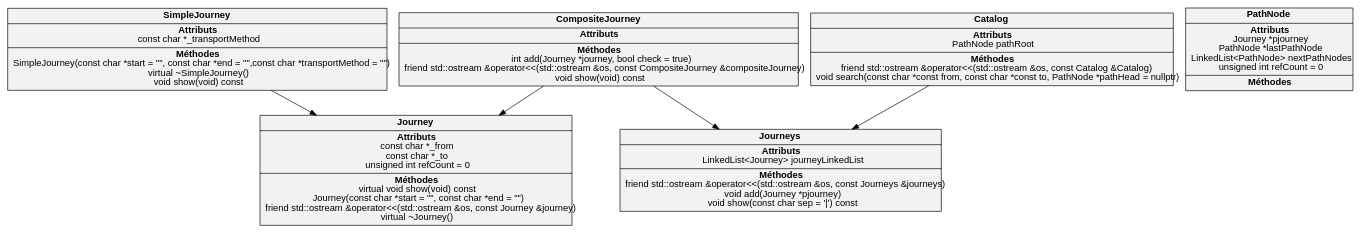
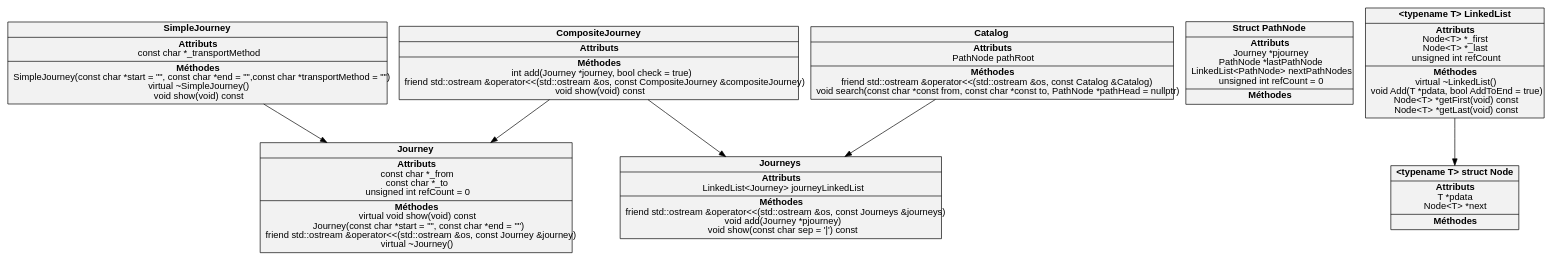
One commit to Snownamida/Cpp-TP2 changed the diagram in 架构图/héritage.dot. Above: the diagram before and after it, drawn with Graphviz. The commit also changed 2 other files, not shown here.

```diff
--- a/架构图/héritage.dot
+++ b/架构图/héritage.dot
@@ -1,40 +1,49 @@
 
 digraph graphname {
     
 	node [
 		fontname="Helvetica,Arial,sans-serif"
 		shape=record
 		style=filled
 		fillcolor=gray95
 	]
     
 
     
 
-	Journey [label = <{<b>Journey</b>  |<b>Attributs</b><br/>const char *_from<br/>const char *_to<br/>unsigned int refCount = 0|<b>Méthodes</b><br/>virtual void show(void) const<br/>Journey(const char *start = &quot;&quot;, const char *end = &quot;&quot;)<br/>friend std::ostream &amp;operator&lt;&lt;(std::ostream &amp;os, const Journey &amp;journey)<br/>virtual ~Journey()}>;];
+	"Journey" [label = <{<b>Journey</b>  |<b>Attributs</b><br/>const char *_from<br/>const char *_to<br/>unsigned int refCount = 0|<b>Méthodes</b><br/>virtual void show(void) const<br/>Journey(const char *start = &quot;&quot;, const char *end = &quot;&quot;)<br/>friend std::ostream &amp;operator&lt;&lt;(std::ostream &amp;os, const Journey &amp;journey)<br/>virtual ~Journey()}>;];
 
 
-	SimpleJourney [label = <{<b>SimpleJourney</b>  |<b>Attributs</b><br/>const char *_transportMethod|<b>Méthodes</b><br/>SimpleJourney(const char *start = &quot;&quot;, const char *end = &quot;&quot;,const char *transportMethod = &quot;&quot;)<br/>virtual ~SimpleJourney()<br/>void show(void) const}>;];
+	"SimpleJourney" [label = <{<b>SimpleJourney</b>  |<b>Attributs</b><br/>const char *_transportMethod|<b>Méthodes</b><br/>SimpleJourney(const char *start = &quot;&quot;, const char *end = &quot;&quot;,const char *transportMethod = &quot;&quot;)<br/>virtual ~SimpleJourney()<br/>void show(void) const}>;];
 
 
-	Journeys [label = <{<b>Journeys</b>  |<b>Attributs</b><br/>LinkedList&lt;Journey&gt; journeyLinkedList|<b>Méthodes</b><br/>friend std::ostream &amp;operator&lt;&lt;(std::ostream &amp;os, const Journeys &amp;journeys)<br/>void add(Journey *pjourney)<br/>void show(const char sep = &#x27;\|&#x27;) const}>;];
+	"Journeys" [label = <{<b>Journeys</b>  |<b>Attributs</b><br/>LinkedList&lt;Journey&gt; journeyLinkedList|<b>Méthodes</b><br/>friend std::ostream &amp;operator&lt;&lt;(std::ostream &amp;os, const Journeys &amp;journeys)<br/>void add(Journey *pjourney)<br/>void show(const char sep = &#x27;\|&#x27;) const}>;];
 
 
-	Catalog [label = <{<b>Catalog</b>  |<b>Attributs</b><br/>PathNode pathRoot<br/>|<b>Méthodes</b><br/>friend std::ostream &amp;operator&lt;&lt;(std::ostream &amp;os, const Catalog &amp;Catalog)<br/>void search(const char *const from, const char *const to, PathNode *pathHead = nullptr)}>;];
+	"Catalog" [label = <{<b>Catalog</b>  |<b>Attributs</b><br/>PathNode pathRoot<br/>|<b>Méthodes</b><br/>friend std::ostream &amp;operator&lt;&lt;(std::ostream &amp;os, const Catalog &amp;Catalog)<br/>void search(const char *const from, const char *const to, PathNode *pathHead = nullptr)}>;];
 
 
-	PathNode [label = <{<b>PathNode</b>  |<b>Attributs</b><br/>Journey *pjourney<br/>PathNode *lastPathNode<br/>LinkedList&lt;PathNode&gt; nextPathNodes<br/>unsigned int refCount = 0|<b>Méthodes</b><br/>}>;];
+	"Struct PathNode" [label = <{<b>Struct PathNode</b>  |<b>Attributs</b><br/>Journey *pjourney<br/>PathNode *lastPathNode<br/>LinkedList&lt;PathNode&gt; nextPathNodes<br/>unsigned int refCount = 0|<b>Méthodes</b>}>;];
 
 
-	CompositeJourney [label = <{<b>CompositeJourney</b>  |<b>Attributs</b><br/>|<b>Méthodes</b><br/>int add(Journey *journey, bool check = true)<br/>friend std::ostream &amp;operator&lt;&lt;(std::ostream &amp;os, const CompositeJourney &amp;compositeJourney)<br/>void show(void) const}>;];
+	"CompositeJourney" [label = <{<b>CompositeJourney</b>  |<b>Attributs</b>|<b>Méthodes</b><br/>int add(Journey *journey, bool check = true)<br/>friend std::ostream &amp;operator&lt;&lt;(std::ostream &amp;os, const CompositeJourney &amp;compositeJourney)<br/>void show(void) const}>;];
+
+
+	"<typename T> struct Node" [label = <{<b>&lt;typename T&gt; struct Node</b>  |<b>Attributs</b><br/>T *pdata<br/>Node&lt;T&gt; *next|<b>Méthodes</b>}>;];
+
+
+	"<typename T> LinkedList" [label = <{<b>&lt;typename T&gt; LinkedList</b>  |<b>Attributs</b><br/>Node&lt;T&gt; *_first<br/>Node&lt;T&gt; *_last<br/>unsigned int refCount|<b>Méthodes</b><br/>virtual ~LinkedList()<br/>void Add(T *pdata, bool AddToEnd = true)<br/>Node&lt;T&gt; *getFirst(void) const<br/>Node&lt;T&gt; *getLast(void) const}>;];
 
     CompositeJourney; 
     Journeys;
     Catalog;
     
     Catalog -> Journeys;
     CompositeJourney -> Journeys;
     CompositeJourney -> Journey;
     SimpleJourney -> Journey;
+
+	edge [xdir=back arrowtail=odiamond]
+	"<typename T> LinkedList" -> "<typename T> struct Node" [lxable="use"]
     
 }
```
